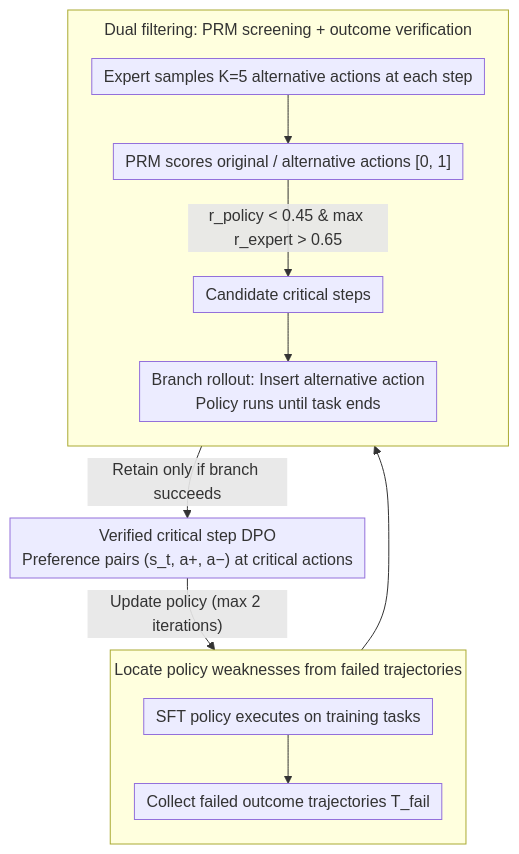
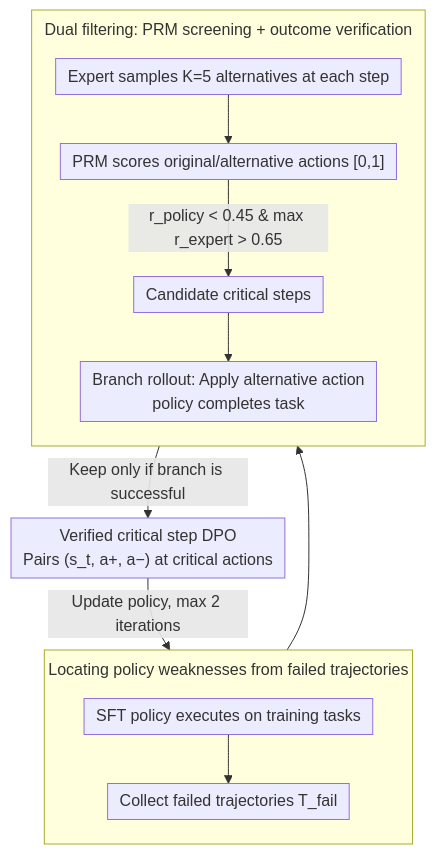
Before and after one commit to zhaoyang97/Paper-Notes-en: the diagram in docs/ACL2026/llm_agent/verified_critical_step_optimization_for_llm_agents.md, drawn with Mermaid. The commit also changed other lines of this file and 5084 other files, not shown here.

````diff
--- a/docs/ACL2026/llm_agent/verified_critical_step_optimization_for_llm_agents.md
+++ b/docs/ACL2026/llm_agent/verified_critical_step_optimization_for_llm_agents.md
@@ -45,17 +45,17 @@
 ```mermaid
 %%{init: {'flowchart': {'rankSpacing': 24, 'nodeSpacing': 28, 'padding': 6, 'wrappingWidth': 400, 'subGraphTitleMargin': {'top': 8, 'bottom': 16}}}}%%
 flowchart TD
-    subgraph FAIL["Locate policy weaknesses from failed trajectories"]
+    subgraph FAIL["Locating policy weaknesses from failed trajectories"]
         direction TB
-        A["SFT policy executes on training tasks"] --> B["Collect failed outcome trajectories T_fail"]
+        A["SFT policy executes on training tasks"] --> B["Collect failed trajectories T_fail"]
     end
     B --> C
     subgraph FILTER["Dual filtering: PRM screening + outcome verification"]
         direction TB
-        C["Expert samples K=5 alternative actions at each step"] --> D["PRM scores original / alternative actions [0, 1]"]
+        C["Expert samples K=5 alternatives at each step"] --> D["PRM scores original/alternative actions [0,1]"]
         D -->|"r_policy < 0.45 & max r_expert > 0.65"| E["Candidate critical steps"]
-        E --> F["Branch rollout: Insert alternative action<br/>Policy runs until task ends"]
+        E --> F["Branch rollout: Apply alternative action<br/>policy completes task"]
     end
-    F -->|"Retain only if branch succeeds"| G["Verified critical step DPO<br/>Preference pairs (s_t, a+, a−) at critical actions"]
-    G -->|"Update policy (max 2 iterations)"| A
+    F -->|"Keep only if branch is successful"| G["Verified critical step DPO<br/>Pairs (s_t, a+, a−) at critical actions"]
+    G -->|"Update policy, max 2 iterations"| A
 ```
````
